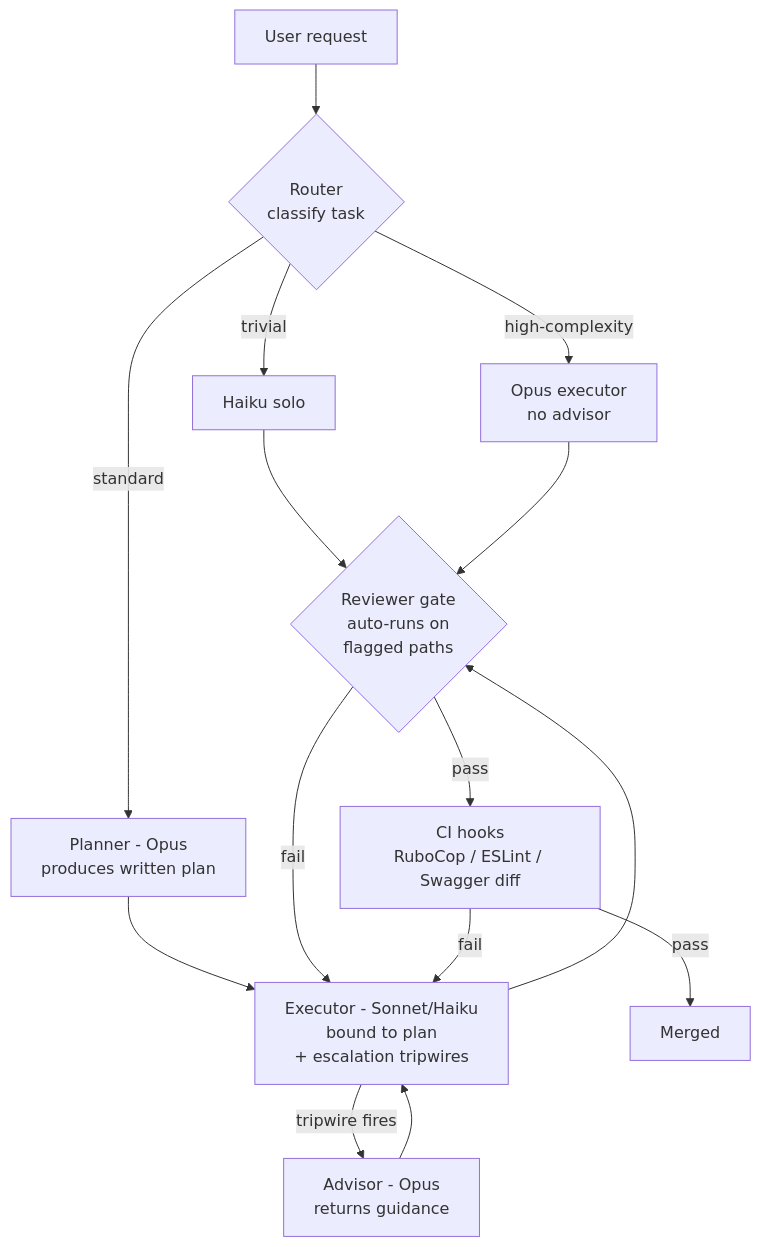
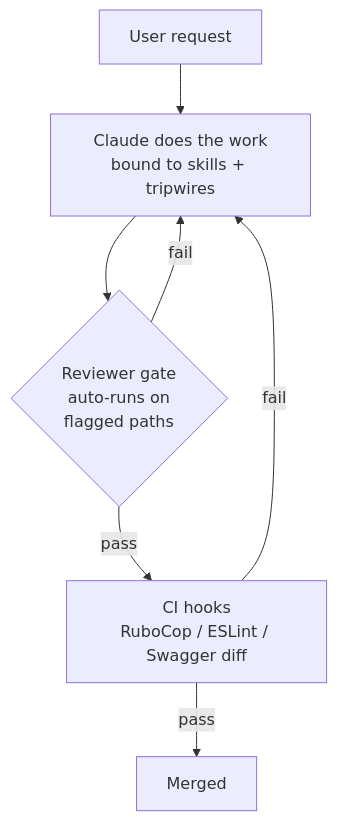
Before and after one commit to AixleHQ/insights: the first of 7 diagrams in AGENTS.md, drawn with Mermaid. The commit also changed other lines of this file and 4 other files, not shown here.

````diff
--- a/AGENTS.md
+++ b/AGENTS.md
@@ -28,21 +28,9 @@
 ```mermaid
 flowchart TD
-    User[User request] --> Router{Router\nclassify task}
-    Router -->|trivial| SoloHaiku[Haiku solo]
-    Router -->|standard| Planner
-    Router -->|high-complexity| OpusDirect[Opus executor\nno advisor]
-
-    Planner[Planner - Opus\nproduces written plan] --> Executor
-
-    Executor[Executor - Sonnet/Haiku\nbound to plan\n+ escalation tripwires] -->|tripwire fires| Advisor[Advisor - Opus\nreturns guidance]
-    Advisor --> Executor
-
-    Executor --> Reviewer{Reviewer gate\nauto-runs on\nflagged paths}
-    SoloHaiku --> Reviewer
-    OpusDirect --> Reviewer
-
+    User[User request] --> Work[Claude does the work\nbound to skills + tripwires]
+    Work --> Reviewer{Reviewer gate\nauto-runs on\nflagged paths}
     Reviewer -->|pass| CI[CI hooks\nRuboCop / ESLint / Swagger diff]
-    Reviewer -->|fail| Executor
+    Reviewer -->|fail| Work
     CI -->|pass| Done[Merged]
-    CI -->|fail| Executor
+    CI -->|fail| Work
 ```
````
